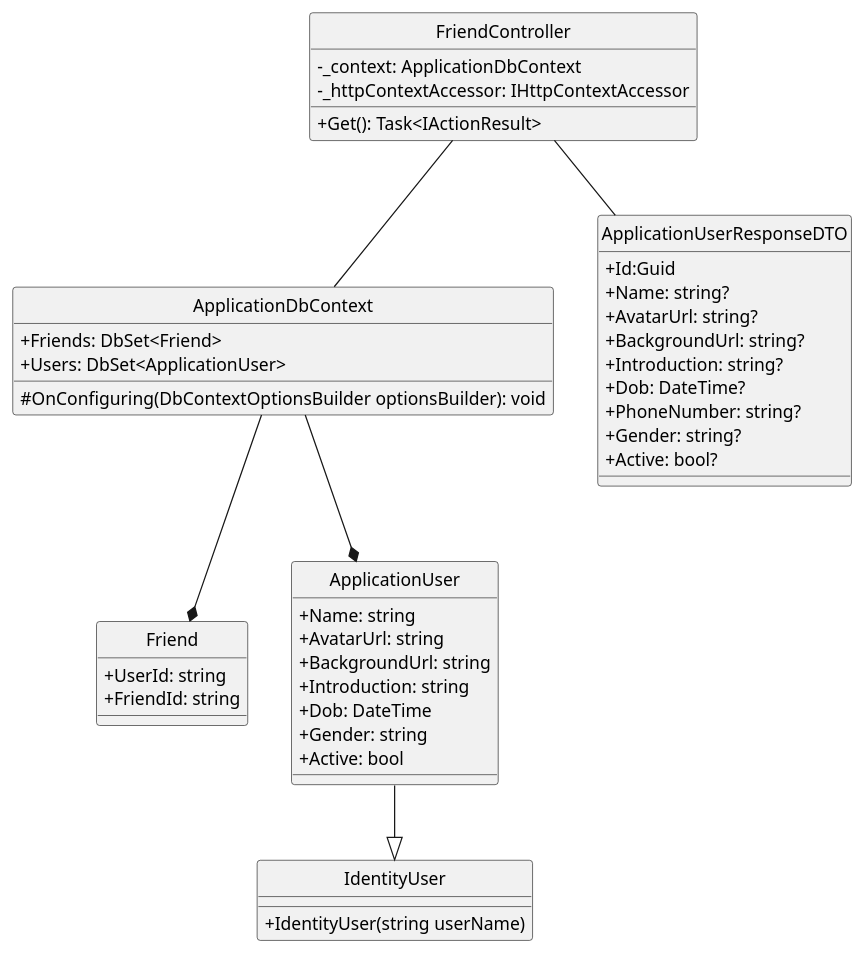
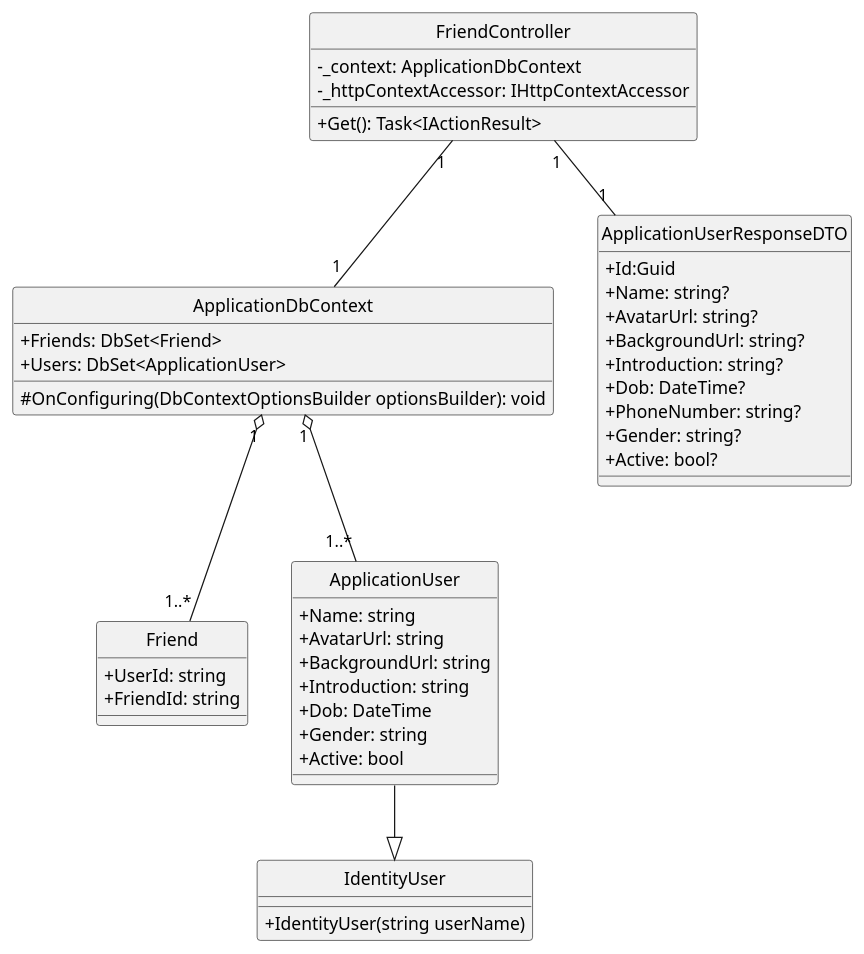
The diagram in docs/Class Diagram/Identity/GetFriendListByUserId/ClassDiagram.plantuml (Carl-Johnsons/Chat-Application), drawn with PlantUML before and after one commit. The commit also changed 11 other files, not shown here.

```diff
--- a/docs/Class Diagram/Identity/GetFriendListByUserId/ClassDiagram.plantuml
+++ b/docs/Class Diagram/Identity/GetFriendListByUserId/ClassDiagram.plantuml
@@ -1,53 +1,53 @@
-@startuml getFriendListByUserId
+@startuml
 hide circle
 skinparam classAttributeIconSize 0
 
 class FriendController {
     - _context: ApplicationDbContext
     - _httpContextAccessor: IHttpContextAccessor
     + Get(): Task<IActionResult> 
 }
 
 class ApplicationDbContext {
     + Friends: DbSet<Friend>
     + Users: DbSet<ApplicationUser>
     # OnConfiguring(DbContextOptionsBuilder optionsBuilder): void
 }
 
 class Friend{
     + UserId: string
     + FriendId: string
 }
 
 class ApplicationUserResponseDTO{
     + Id:Guid
     + Name: string?
     + AvatarUrl: string?
     + BackgroundUrl: string?
     + Introduction: string?
     + Dob: DateTime?
     + PhoneNumber: string?
     + Gender: string?
     + Active: bool?    
 }
 
 class ApplicationUser {
     + Name: string
     + AvatarUrl: string
     + BackgroundUrl: string
     + Introduction: string
     + Dob: DateTime
     + Gender: string
     + Active: bool
 }
 
 class IdentityUser {
     + IdentityUser(string userName) 
 }
 
-FriendController -- ApplicationDbContext
-FriendController -- ApplicationUserResponseDTO
-ApplicationDbContext --* Friend
-ApplicationDbContext --* ApplicationUser
+FriendController "1" -- "1" ApplicationDbContext
+FriendController "1" -- "1" ApplicationUserResponseDTO
+ApplicationDbContext "1" o-- "1..*" Friend
+ApplicationDbContext "1" o-- "1..*" ApplicationUser
 ApplicationUser --|> IdentityUser
 @enduml
```
